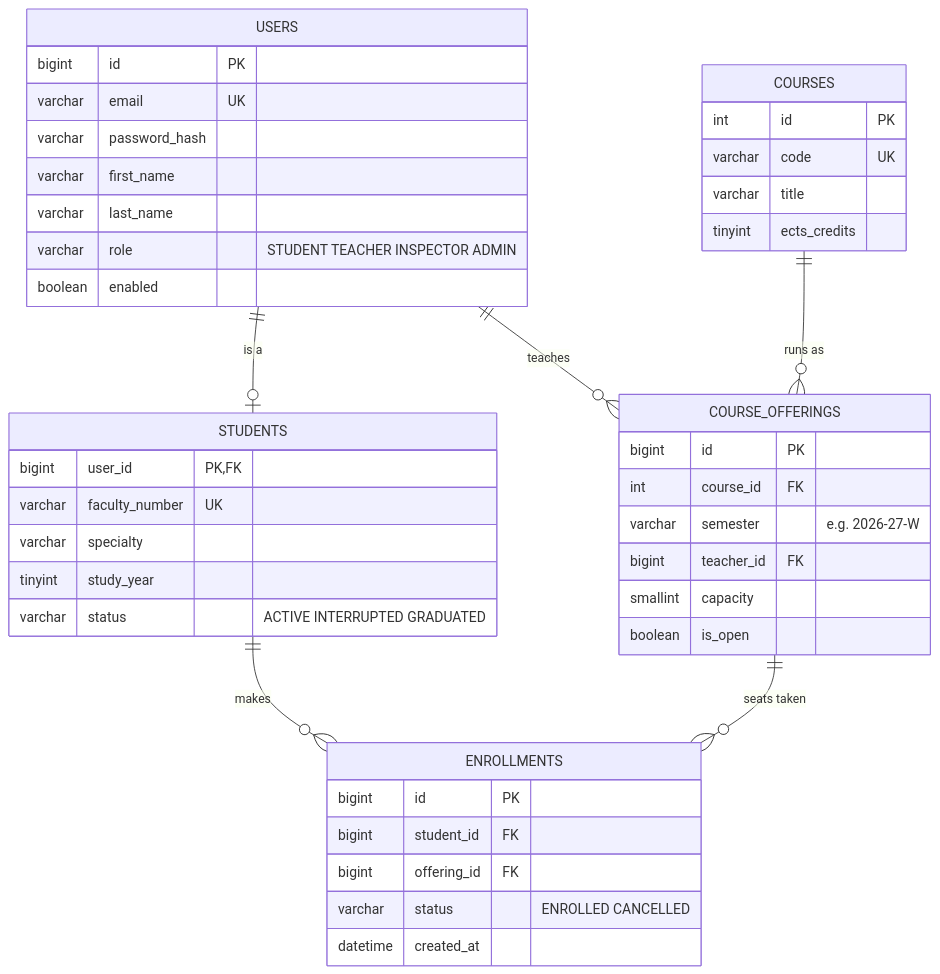
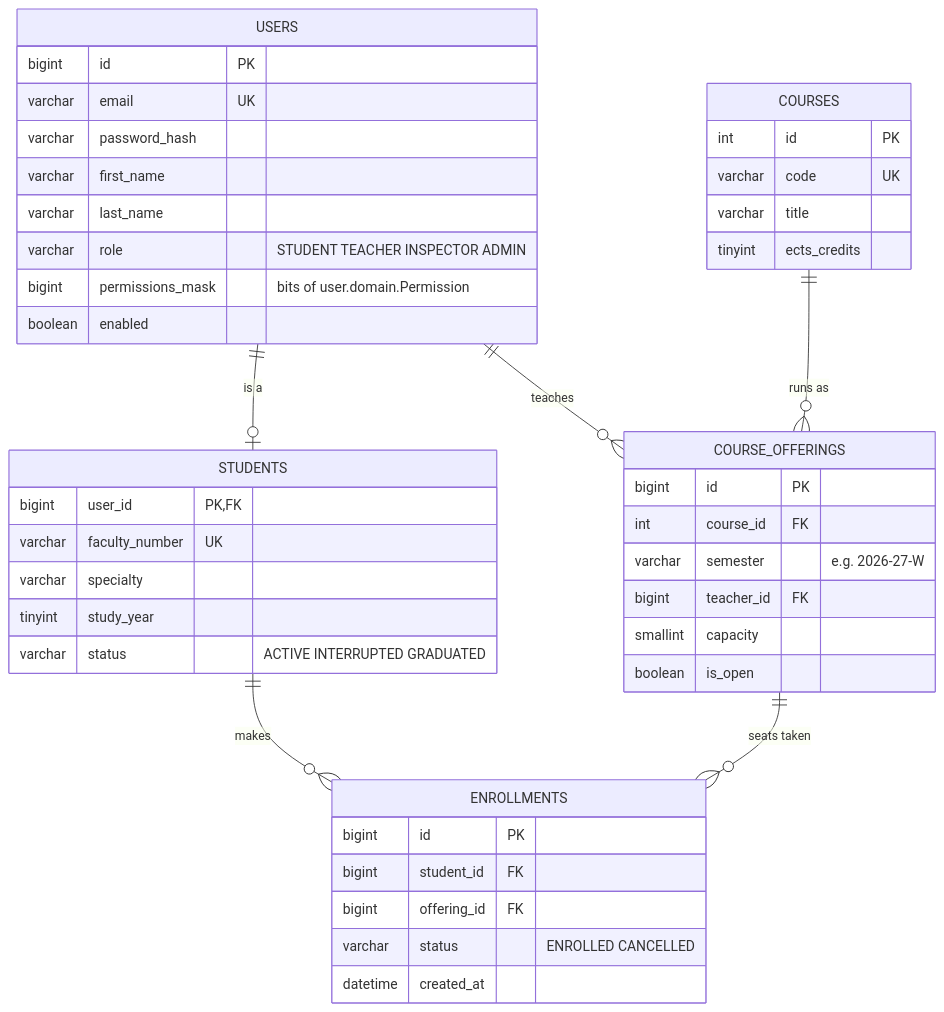
One commit to Alex-Tsvetanov/unicloud-portal changed the second of 2 diagrams in README.md. Above: the diagram before and after it, drawn with Mermaid. The commit also changed other lines of this file and 9 other files, not shown here.

````diff
--- a/README.md
+++ b/README.md
@@ -144,45 +152,46 @@
 ```mermaid
 erDiagram
   USERS ||--o| STUDENTS : "is a"
   USERS ||--o{ COURSE_OFFERINGS : teaches
   COURSES ||--o{ COURSE_OFFERINGS : "runs as"
   STUDENTS ||--o{ ENROLLMENTS : makes
   COURSE_OFFERINGS ||--o{ ENROLLMENTS : "seats taken"
   USERS {
     bigint id PK
     varchar email UK
     varchar password_hash
     varchar first_name
     varchar last_name
     varchar role "STUDENT TEACHER INSPECTOR ADMIN"
+    bigint permissions_mask "bits of user.domain.Permission"
     boolean enabled
   }
   STUDENTS {
     bigint user_id PK, FK
     varchar faculty_number UK
     varchar specialty
     tinyint study_year
     varchar status "ACTIVE INTERRUPTED GRADUATED"
   }
   COURSES {
     int id PK
     varchar code UK
     varchar title
     tinyint ects_credits
   }
   COURSE_OFFERINGS {
     bigint id PK
     int course_id FK
     varchar semester "e.g. 2026-27-W"
     bigint teacher_id FK
     smallint capacity
     boolean is_open
   }
   ENROLLMENTS {
     bigint id PK
     bigint student_id FK
     bigint offering_id FK
     varchar status "ENROLLED CANCELLED"
     datetime created_at
   }
 ```
````
